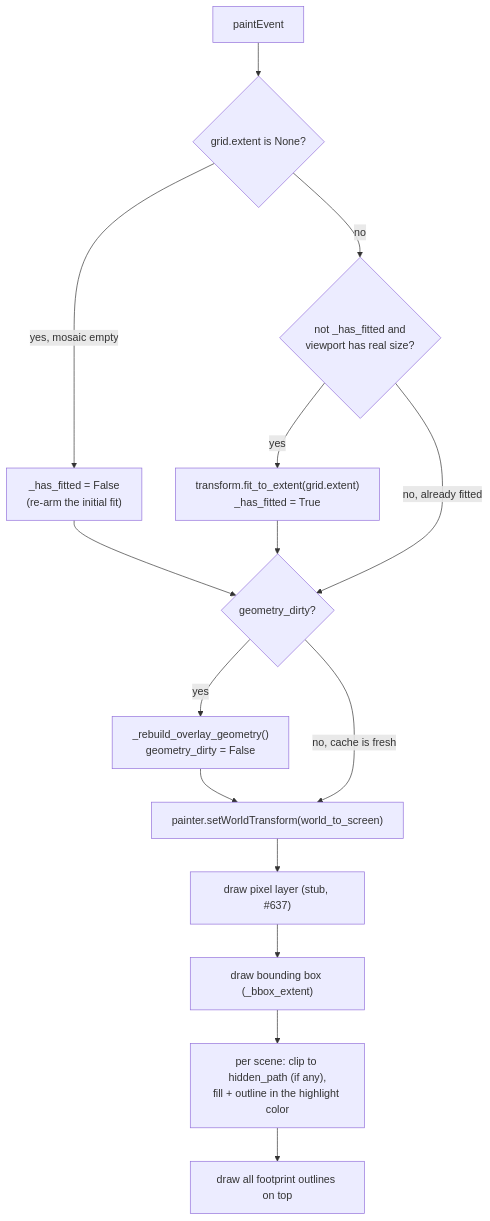
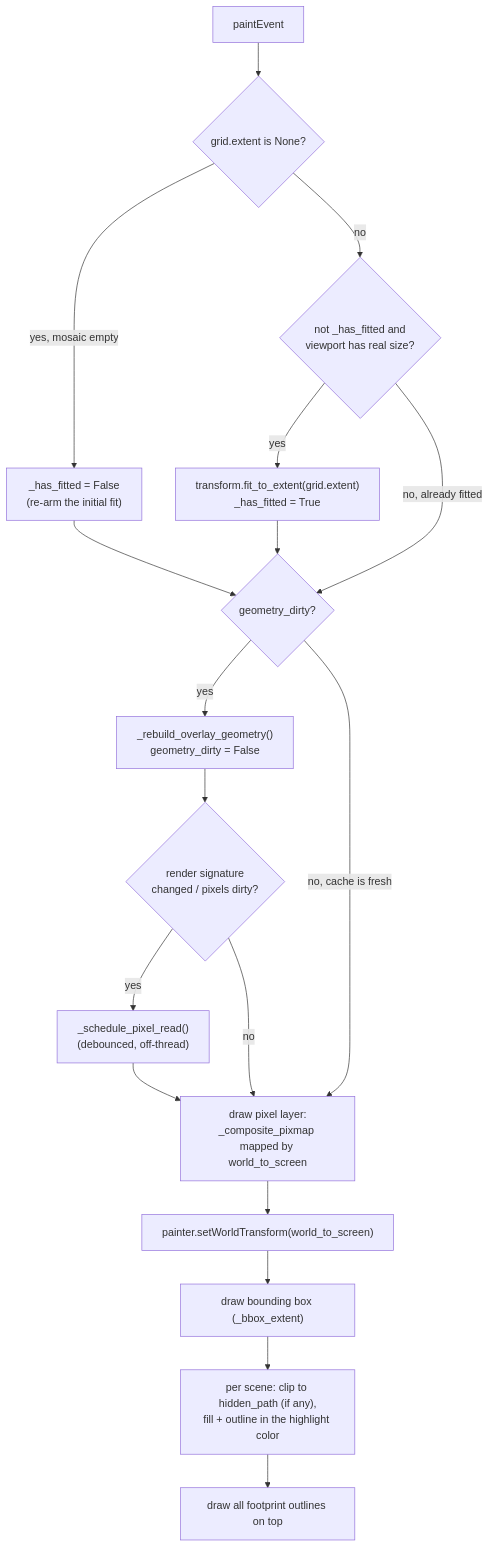
One commit to Ehlmann-research-group/WISER changed the sixth of 6 diagrams in doc/sphinx-general-wiser-docs/source/developer-content/mosaic-internals.md. Above: the diagram before and after it, drawn with Mermaid. The commit also changed other lines of this file, not shown here.

````diff
--- a/doc/sphinx-general-wiser-docs/source/developer-content/mosaic-internals.md
+++ b/doc/sphinx-general-wiser-docs/source/developer-content/mosaic-internals.md
@@ -434,17 +515,20 @@
 ```{mermaid}
 flowchart TD
     A[paintEvent] --> B{grid.extent is None?}
     B -->|yes, mosaic empty| C["_has_fitted = False<br/>(re-arm the initial fit)"]
     B -->|no| D{"not _has_fitted and<br/>viewport has real size?"}
     D -->|yes| E["transform.fit_to_extent(grid.extent)<br/>_has_fitted = True"]
     D -->|no, already fitted| F
     C --> F{geometry_dirty?}
     E --> F
     F -->|yes| G["_rebuild_overlay_geometry()<br/>geometry_dirty = False"]
     F -->|no, cache is fresh| H
-    G --> H["painter.setWorldTransform(world_to_screen)"]
-    H --> I["draw pixel layer (stub, #637)"]
-    I --> J["draw bounding box (_bbox_extent)"]
+    G --> P{"render signature<br/>changed / pixels dirty?"}
+    P -->|yes| Q["_schedule_pixel_read()<br/>(debounced, off-thread)"]
+    P -->|no| H
+    Q --> H["draw pixel layer:<br/>_composite_pixmap mapped by world_to_screen"]
+    H --> H2["painter.setWorldTransform(world_to_screen)"]
+    H2 --> J["draw bounding box (_bbox_extent)"]
     J --> K["per scene: clip to hidden_path (if any),<br/>fill + outline in the highlight color"]
     K --> L["draw all footprint outlines on top"]
 ```
````
